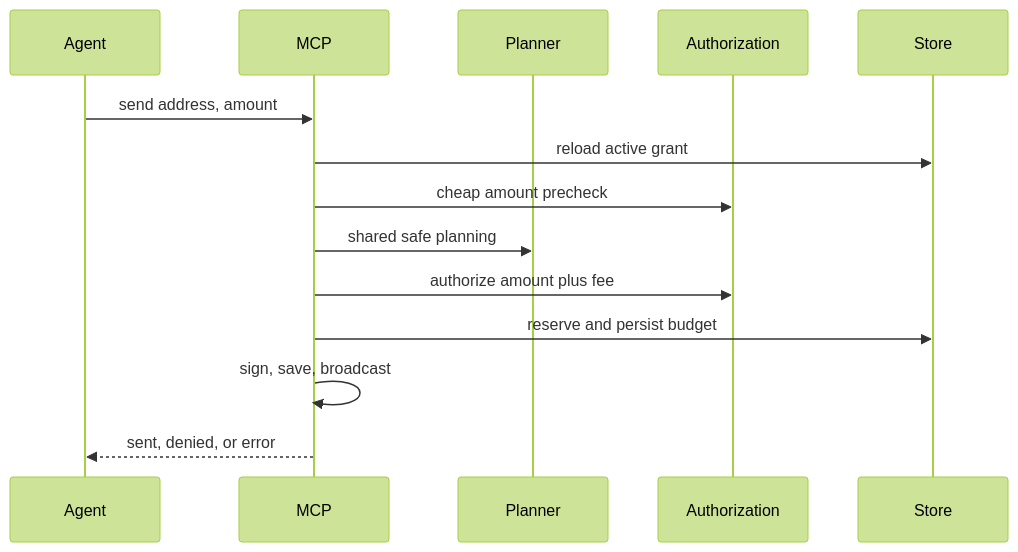
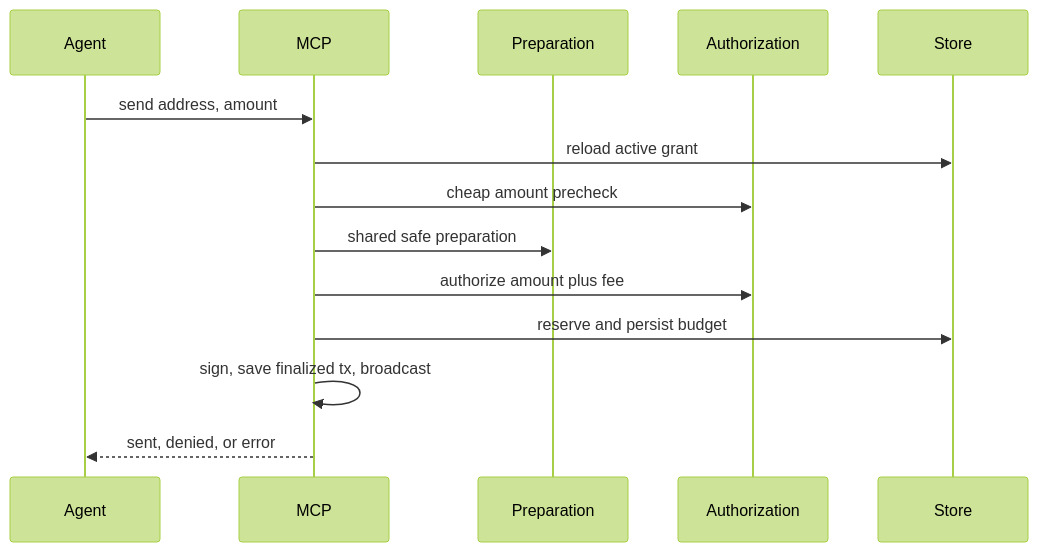
One commit to idemresearch/sats changed the third of 3 diagrams in docs/architecture.md. Above: the diagram before and after it, drawn with Mermaid (forest theme). The commit also changed other lines of this file and 19 other files, not shown here.

````diff
--- a/docs/architecture.md
+++ b/docs/architecture.md
@@ -106,16 +112,16 @@
 ```mermaid
 sequenceDiagram
     participant A as Agent
     participant M as MCP
-    participant P as Planner
+    participant P as Preparation
     participant Z as Authorization
     participant S as Store
     A->>M: send address, amount
     M->>S: reload active grant
     M->>Z: cheap amount precheck
-    M->>P: shared safe planning
+    M->>P: shared safe preparation
     M->>Z: authorize amount plus fee
     M->>S: reserve and persist budget
-    M->>M: sign, save, broadcast
+    M->>M: sign, save finalized tx, broadcast
     M-->>A: sent, denied, or error
 ```
````
